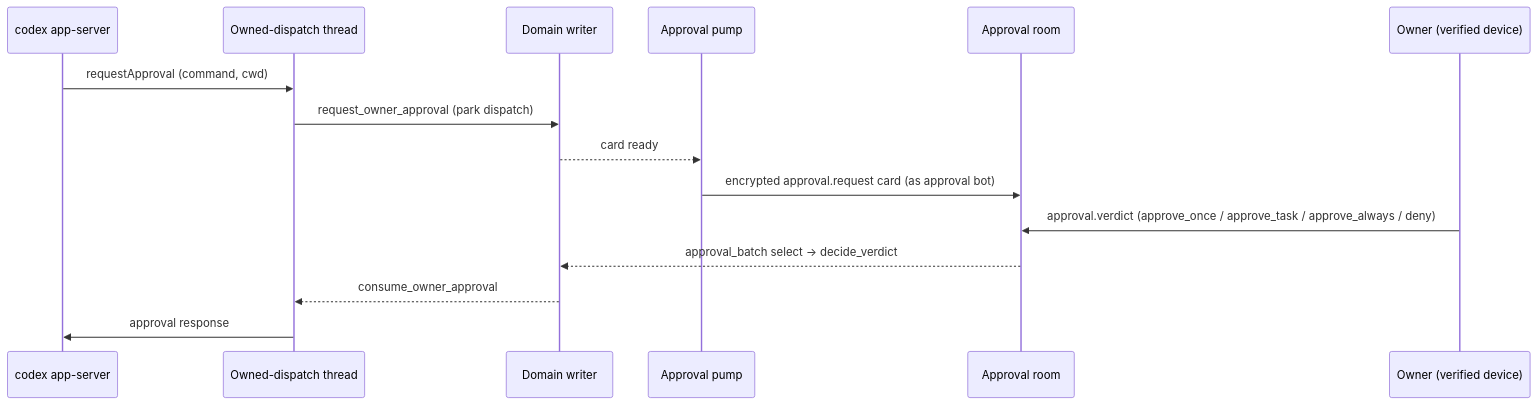
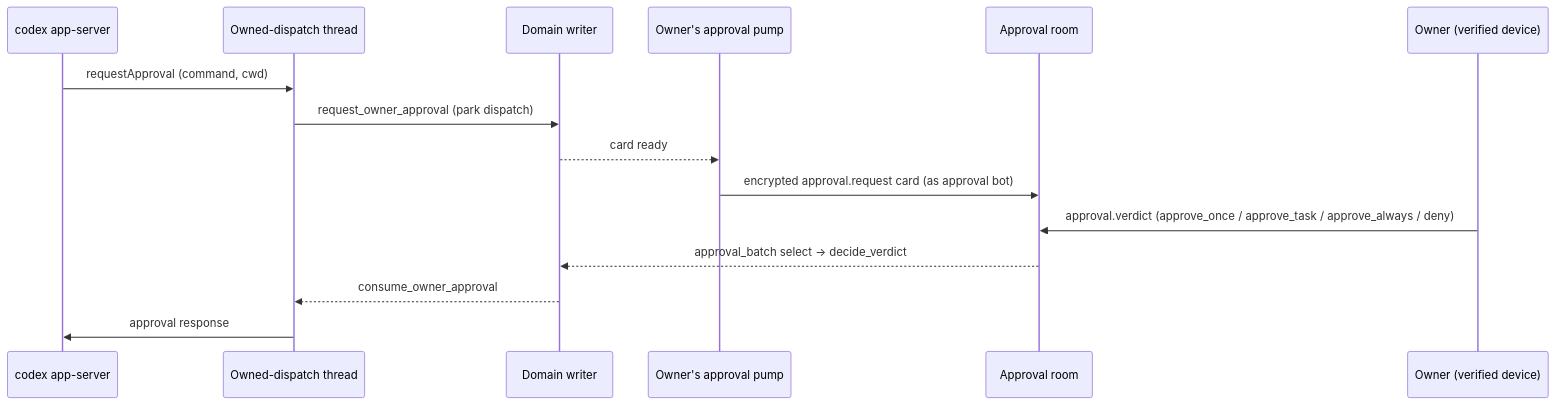
One commit to chrislearn/hagency-client changed the seventh of 7 diagrams in docs/architecture-walkthrough.md. Above: the diagram before and after it, drawn with Mermaid. The commit also changed other lines of this file and 39 other files, not shown here.

````diff
--- a/docs/architecture-walkthrough.md
+++ b/docs/architecture-walkthrough.md
@@ -390,17 +564,17 @@
 ```mermaid
 sequenceDiagram
     participant CX as codex app-server
     participant OP as Owned-dispatch thread
     participant DB as Domain writer
-    participant PB as Approval pump
+    participant PB as Owner's approval pump
     participant AR as Approval room
     participant OW as Owner (verified device)
     CX->>OP: requestApproval (command, cwd)
     OP->>DB: request_owner_approval (park dispatch)
     DB-->>PB: card ready
     PB->>AR: encrypted approval.request card (as approval bot)
     OW->>AR: approval.verdict (approve_once / approve_task / approve_always / deny)
     AR-->>DB: approval_batch select → decide_verdict
     DB-->>OP: consume_owner_approval
     OP->>CX: approval response
 ```
````
